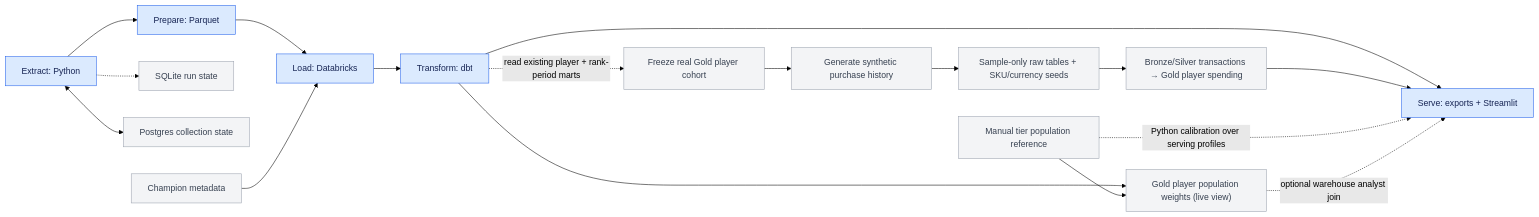
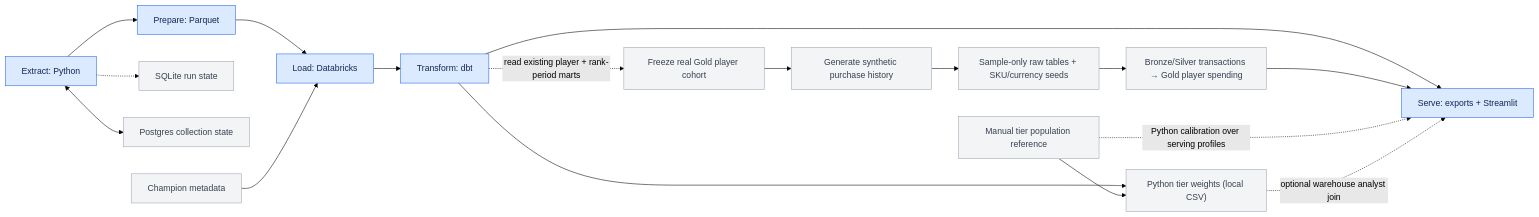
Before and after one commit to Pedro-Iaki/league-specialization-etl: the diagram in README.md, drawn with Mermaid (forest theme). The commit also changed other lines of this file and 42 other files, not shown here.

````diff
--- a/README.md
+++ b/README.md
@@ -46,37 +46,37 @@
 ```mermaid
     flowchart LR
     A["Extract: Python"]
     B["Prepare: Parquet"]
     C["Load: Databricks"]
     D["Transform: dbt"]
     E["Serve: exports + Streamlit"]
 
     A --> B --> C --> D --> E
 
     S["SQLite run state"]
     P["Postgres collection state"]
     M["Champion metadata"]
 
     A -.-> S
     A <--> P
     M --> C
 
     F["Freeze real Gold player cohort"]
     G["Generate synthetic purchase history"]
     R["Sample-only raw tables + SKU/currency seeds"]
     T["Bronze/Silver transactions → Gold player spending"]
     Q["Manual tier population reference"]
-    W["Gold player population weights (live view)"]
+    W["Python tier weights (local CSV)"]
     D -. "read existing player + rank-period marts" .-> F
     F --> G --> R --> T --> E
     D --> W
     Q --> W
     Q -. "Python calibration over serving profiles" .-> E
     W -. "optional warehouse analyst join" .-> E
 
     classDef stage fill:#dbeafe,stroke:#2563eb,color:#172554
     classDef supporting fill:#f3f4f6,stroke:#9ca3af,color:#374151
     class A,B,C,D,E stage
     class S,P,M supporting
     class F,G,R,T,Q,W supporting
 ```
````
